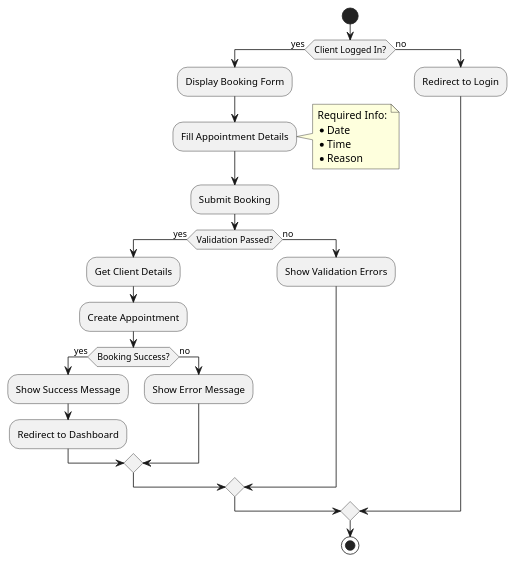
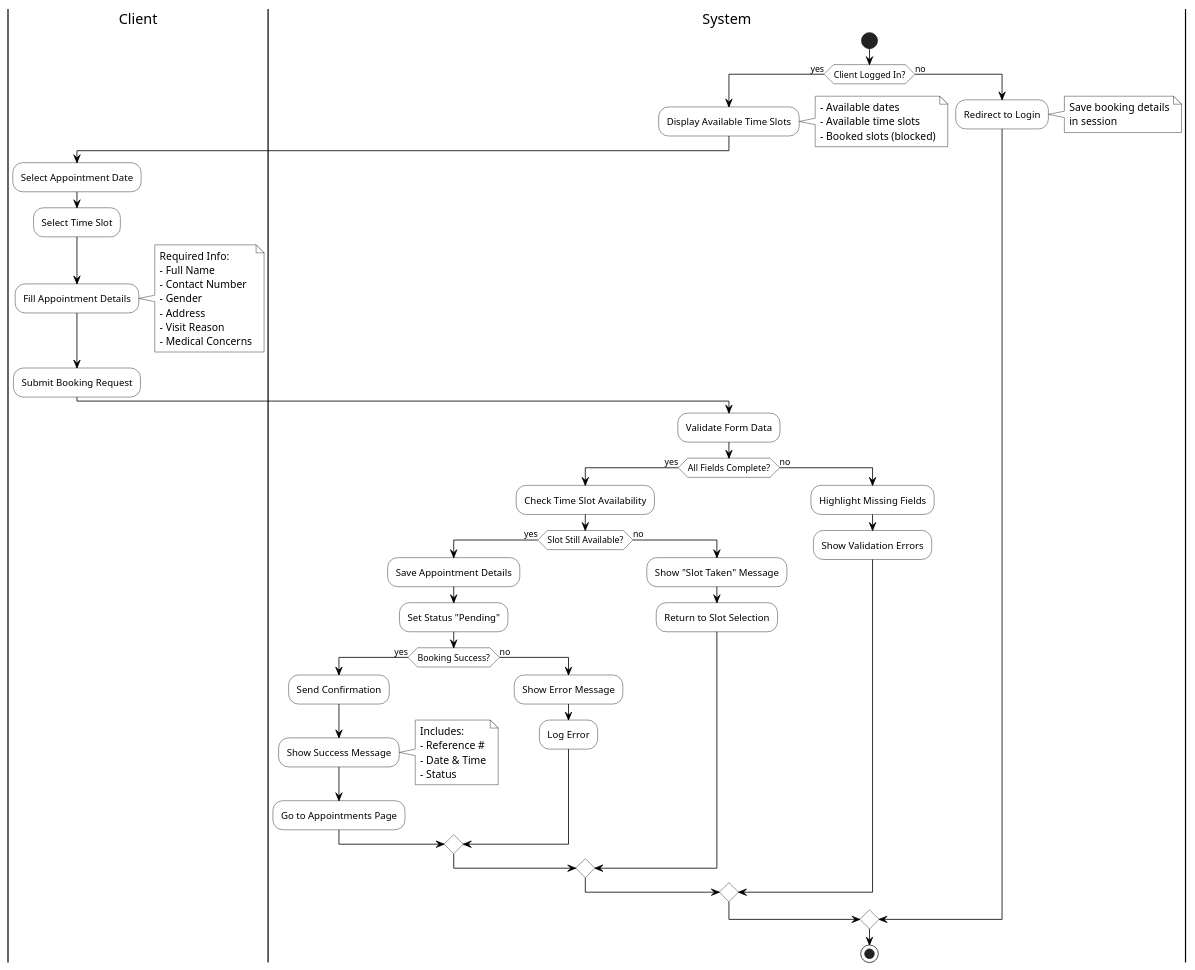
One commit to KuroKage-001/Mamatid_MedClinic changed the diagram in dist/diagrams/Activity_Diagrams/book_appointment.activity.puml. Above: the diagram before and after it, drawn with PlantUML. The commit also changed 17 other files, not shown here.

```diff
--- a/dist/diagrams/Activity_Diagrams/book_appointment.activity.puml
+++ b/dist/diagrams/Activity_Diagrams/book_appointment.activity.puml
@@ -1,35 +1,79 @@
 @startuml Book Appointment Activity
+skinparam monochrome true
+skinparam shadowing false
+skinparam ActivityBackgroundColor white
+skinparam ActivityBorderColor black
+skinparam ArrowColor black
+skinparam NoteBackgroundColor white
+skinparam NoteBorderColor black
+
+|Client|
+|System|
 
 start
 
 if (Client Logged In?) then (yes)
-  :Display Booking Form;
+  |System|
+  :Display Available Time Slots;
+  note right: - Available dates\n- Available time slots\n- Booked slots (blocked)
+
+  |Client|
+  :Select Appointment Date;
+  :Select Time Slot;
   :Fill Appointment Details;
   note right
     Required Info:
-    * Date
-    * Time
-    * Reason
+    - Full Name
+    - Contact Number
+    - Gender
+    - Address
+    - Visit Reason
+    - Medical Concerns
   end note
   
-  :Submit Booking;
+  :Submit Booking Request;
   
-  if (Validation Passed?) then (yes)
-    :Get Client Details;
-    :Create Appointment;
-    if (Booking Success?) then (yes)
-      :Show Success Message;
-      :Redirect to Dashboard;
+  |System|
+  :Validate Form Data;
+  
+  if (All Fields Complete?) then (yes)
+    :Check Time Slot Availability;
+    
+    if (Slot Still Available?) then (yes)
+      :Save Appointment Details;
+      :Set Status "Pending";
+      
+      if (Booking Success?) then (yes)
+        :Send Confirmation;
+        :Show Success Message;
+        note right
+          Includes:
+          - Reference #
+          - Date & Time
+          - Status
+        end note
+        :Go to Appointments Page;
+      else (no)
+        :Show Error Message;
+        :Log Error;
+      endif
+      
     else (no)
-      :Show Error Message;
+      :Show "Slot Taken" Message;
+      :Return to Slot Selection;
     endif
+    
   else (no)
+    :Highlight Missing Fields;
     :Show Validation Errors;
   endif
+  
 else (no)
+  |System|
   :Redirect to Login;
+  note right: Save booking details\nin session
 endif
 
 stop
 
 @enduml 
```
